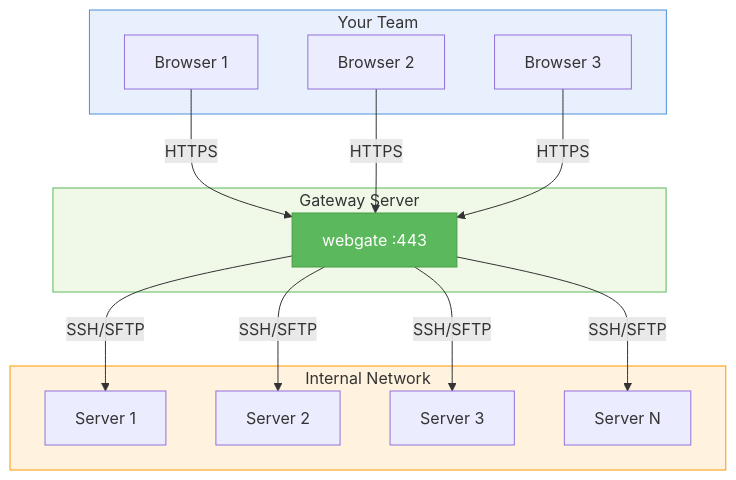
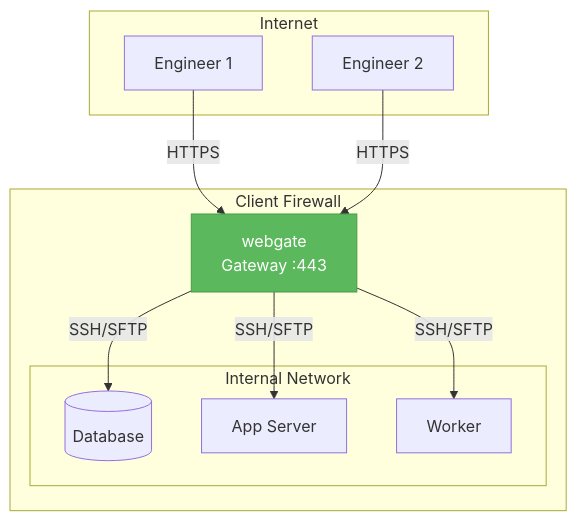
The diagram in docs/index.md (kalexnolasco/webgate), drawn with Mermaid before and after one commit. The commit also changed other lines of this file and 5 other files, not shown here.

````diff
--- a/docs/index.md
+++ b/docs/index.md
@@ -19,27 +21,21 @@
 ```mermaid
 flowchart TB
-    subgraph internet ["Your Team"]
-        B1["Browser 1"]
-        B2["Browser 2"]
-        B3["Browser 3"]
+    subgraph internet ["Internet"]
+        ENG1["Engineer 1"]
+        ENG2["Engineer 2"]
     end
-
-    subgraph gateway ["Gateway Server"]
-        WG["webgate :443"]
+    subgraph firewall ["Client Firewall"]
+        WG["webgate<br/>Gateway :443"]
+        subgraph internal ["Internal Network"]
+            DB[(Database)]
+            APP["App Server"]
+            W["Worker"]
+        end
     end
-
-    subgraph servers ["Internal Network"]
-        S1["Server 1"]
-        S2["Server 2"]
-        S3["Server 3"]
-        S4["Server N"]
-    end
-
-    B1 & B2 & B3 -- "HTTPS" --> WG
-    WG -- "SSH/SFTP" --> S1 & S2 & S3 & S4
-
-    style internet fill:#e8f0fe,stroke:#4a90d9
-    style gateway fill:#f0f9e8,stroke:#5cb85c
-    style servers fill:#fff3e0,stroke:#ff9800
+    ENG1 -- HTTPS --> WG
+    ENG2 -- HTTPS --> WG
+    WG -- SSH/SFTP --> DB
+    WG -- SSH/SFTP --> APP
+    WG -- SSH/SFTP --> W
     style WG fill:#5cb85c,stroke:#449d44,color:#fff
 ```
````
